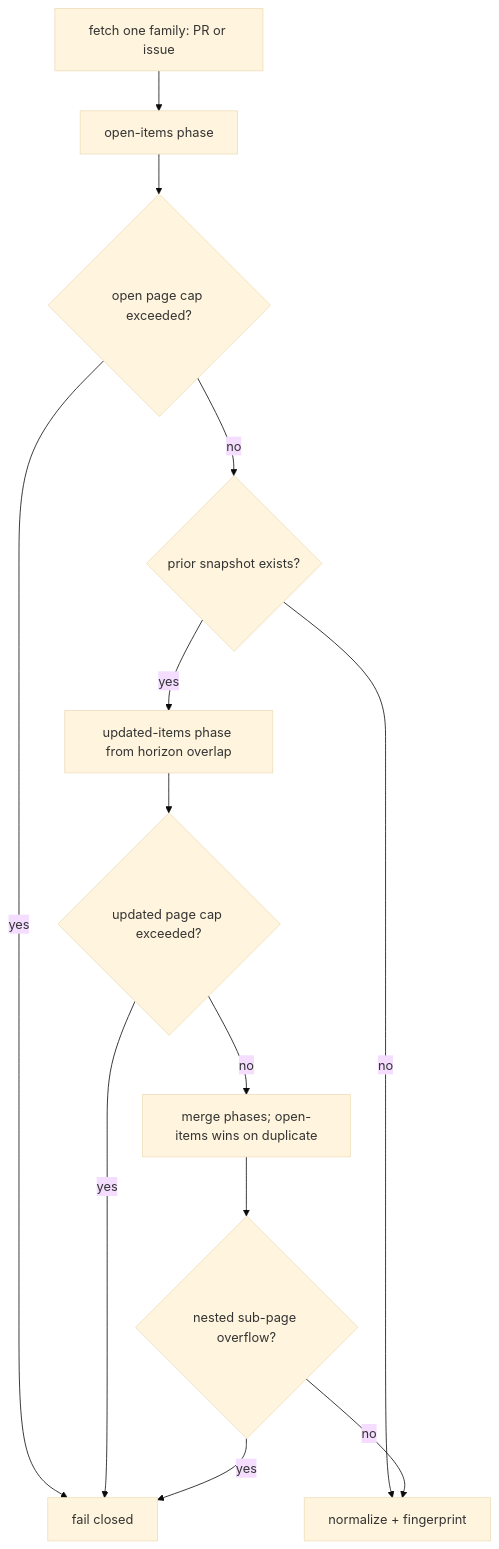
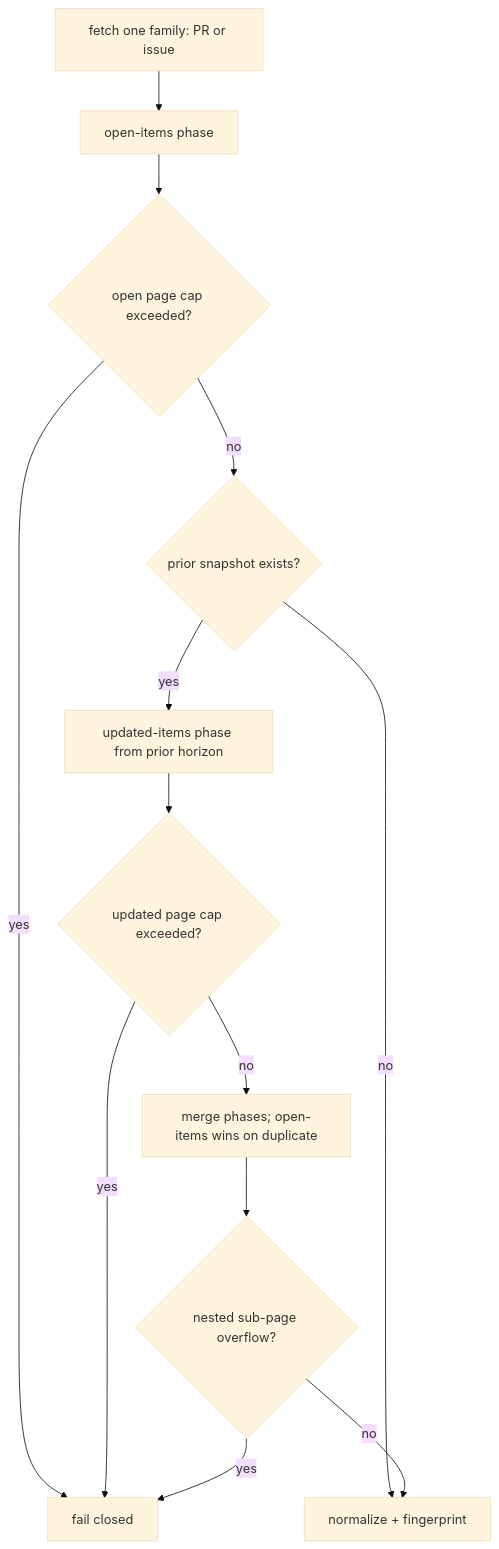
The diagram in docs/architecture/identity-and-fetch.md (diegomarino/gh-delta), drawn with Mermaid (base theme) before and after one commit. The commit also changed 14 other files, not shown here.

````diff
--- a/docs/architecture/identity-and-fetch.md
+++ b/docs/architecture/identity-and-fetch.md
@@ -27,15 +27,15 @@
 ```mermaid
 flowchart TD
     A[fetch one family: PR or issue] --> B[open-items phase]
     B --> C{open page cap exceeded?}
     C -- yes --> X[fail closed]
     C -- no --> D{prior snapshot exists?}
     D -- no --> Z[normalize + fingerprint]
-    D -- yes --> E[updated-items phase from horizon overlap]
+    D -- yes --> E[updated-items phase from prior horizon]
     E --> F{updated page cap exceeded?}
     F -- yes --> X
     F -- no --> G[merge phases; open-items wins on duplicate]
     G --> H{nested sub-page overflow?}
     H -- yes --> X
     H -- no --> Z
 ```
````
